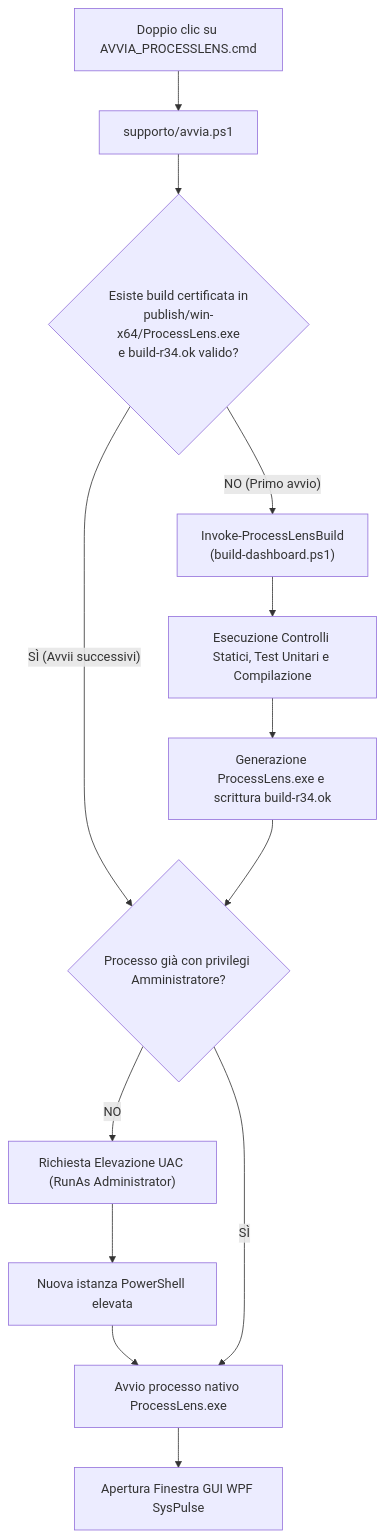
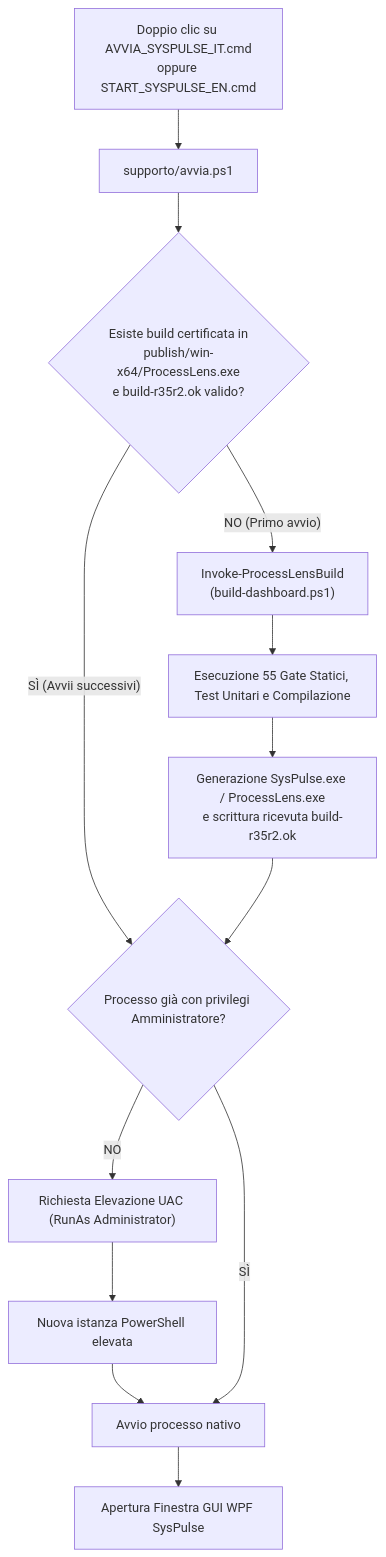
One commit to Buconero03/SysPulse changed the diagram in README.it.md. Above: the diagram before and after it, drawn with Mermaid. The commit also changed other lines of this file and 26 other files, not shown here.

Commit message:
SysPulse R35 R2: align docs and tests, add LICENSE, update build receipt to build-r35r2.ok, add demo screenshot, calibrate claims, and complete branding

````diff
--- a/README.it.md
+++ b/README.it.md
@@ -131,15 +154,15 @@
 ```mermaid
 flowchart TD
-    A["Doppio clic su AVVIA_PROCESSLENS.cmd"] --> B["supporto/avvia.ps1"]
-    B --> C{"Esiste build certificata in<br/>publish/win-x64/ProcessLens.exe<br/>e build-r34.ok valido?"}
+    A["Doppio clic su AVVIA_SYSPULSE_IT.cmd<br/>oppure START_SYSPULSE_EN.cmd"] --> B["supporto/avvia.ps1"]
+    B --> C{"Esiste build certificata in<br/>publish/win-x64/ProcessLens.exe<br/>e build-r35r2.ok valido?"}
     C -- "SÌ (Avvii successivi)" --> D{"Processo già con privilegi Amministratore?"}
     C -- "NO (Primo avvio)" --> E["Invoke-ProcessLensBuild<br/>(build-dashboard.ps1)"]
-    E --> F["Esecuzione Controlli Statici, Test Unitari e Compilazione"]
-    F --> G["Generazione ProcessLens.exe e scrittura build-r34.ok"]
+    E --> F["Esecuzione 55 Gate Statici, Test Unitari e Compilazione"]
+    F --> G["Generazione SysPulse.exe / ProcessLens.exe<br/>e scrittura ricevuta build-r35r2.ok"]
     G --> D
     D -- "NO" --> H["Richiesta Elevazione UAC (RunAs Administrator)"]
     H --> I["Nuova istanza PowerShell elevata"]
-    I --> J["Avvio processo nativo ProcessLens.exe"]
+    I --> J["Avvio processo nativo"]
     D -- "SÌ" --> J
     J --> K["Apertura Finestra GUI WPF SysPulse"]
 ```
````
